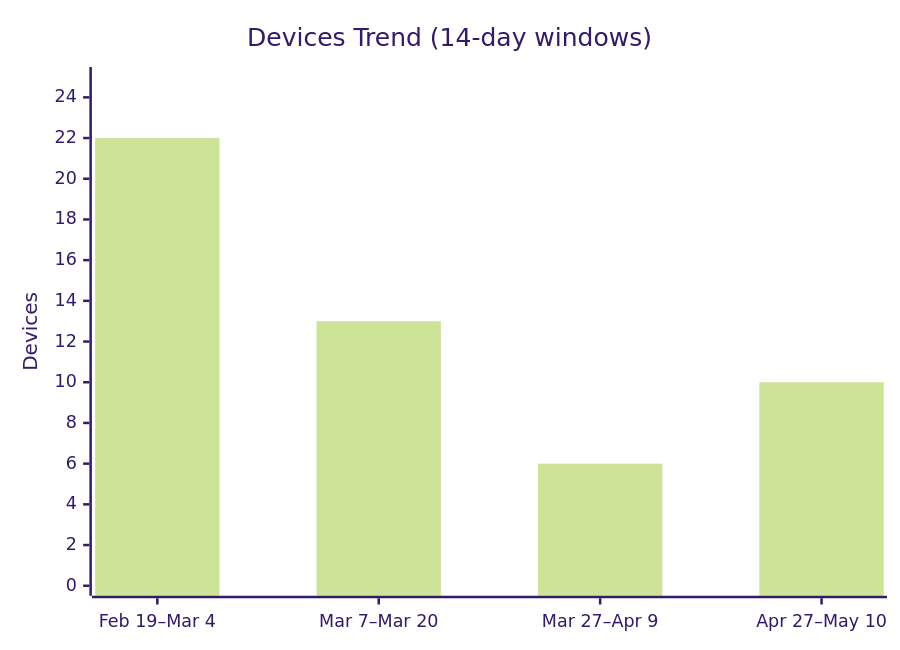
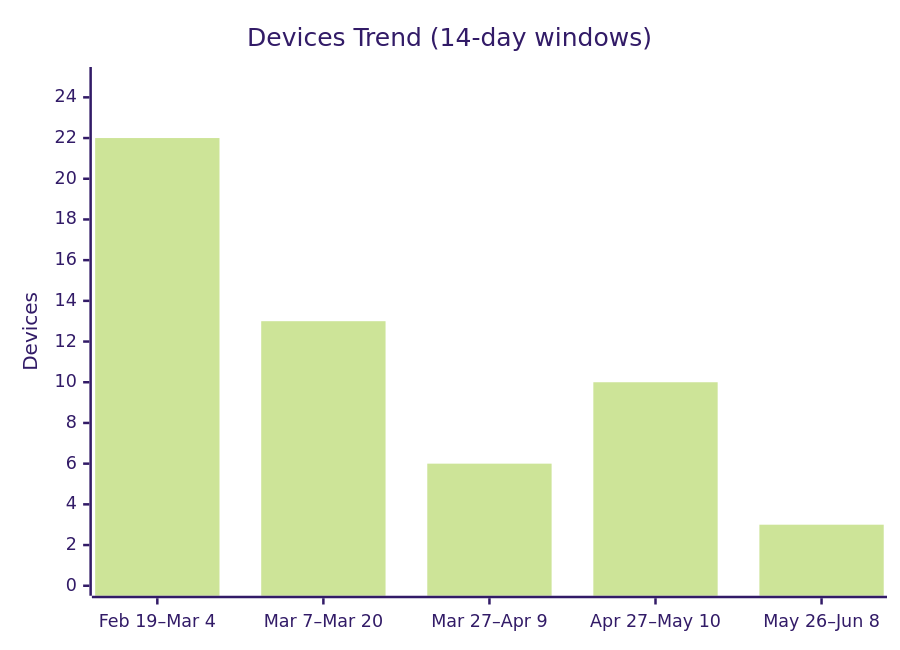
One commit to thrustCoder/gamer-uncle changed the first of 3 diagrams in docs/telemetry/usage_analytics.md. Above: the diagram before and after it, drawn with Mermaid (forest theme). The commit also changed other lines of this file and 47 other files, not shown here.

````diff
--- a/docs/telemetry/usage_analytics.md
+++ b/docs/telemetry/usage_analytics.md
@@ -23,7 +24,7 @@
 ```mermaid
 xychart-beta
     title "Devices Trend (14-day windows)"
-    x-axis ["Feb 19–Mar 4", "Mar 7–Mar 20", "Mar 27–Apr 9", "Apr 27–May 10"]
+    x-axis ["Feb 19–Mar 4", "Mar 7–Mar 20", "Mar 27–Apr 9", "Apr 27–May 10", "May 26–Jun 8"]
     y-axis "Devices" 0 --> 25
-    bar [22, 13, 6, 10]
+    bar [22, 13, 6, 10, 3]
 ```
````
